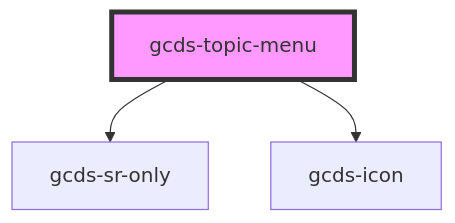
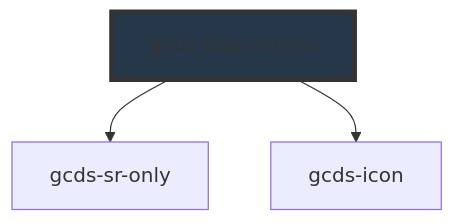
One commit to cds-snc/gcds-components changed the diagram in packages/web/src/components/gcds-topic-menu/readme.md. Above: the diagram before and after it, drawn with Mermaid. The commit also changed 44 other files, not shown here.

````diff
--- a/packages/web/src/components/gcds-topic-menu/readme.md
+++ b/packages/web/src/components/gcds-topic-menu/readme.md
@@ -88,6 +88,6 @@
 ```mermaid
 graph TD;
   gcds-topic-menu --> gcds-sr-only
   gcds-topic-menu --> gcds-icon
-  style gcds-topic-menu fill:#f9f,stroke:#333,stroke-width:4px
+  style gcds-topic-menu fill:#26374a,stroke:#333,stroke-width:4px
 ```
````
